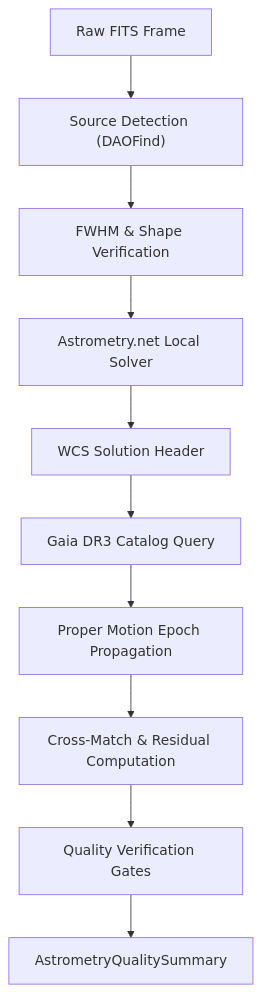
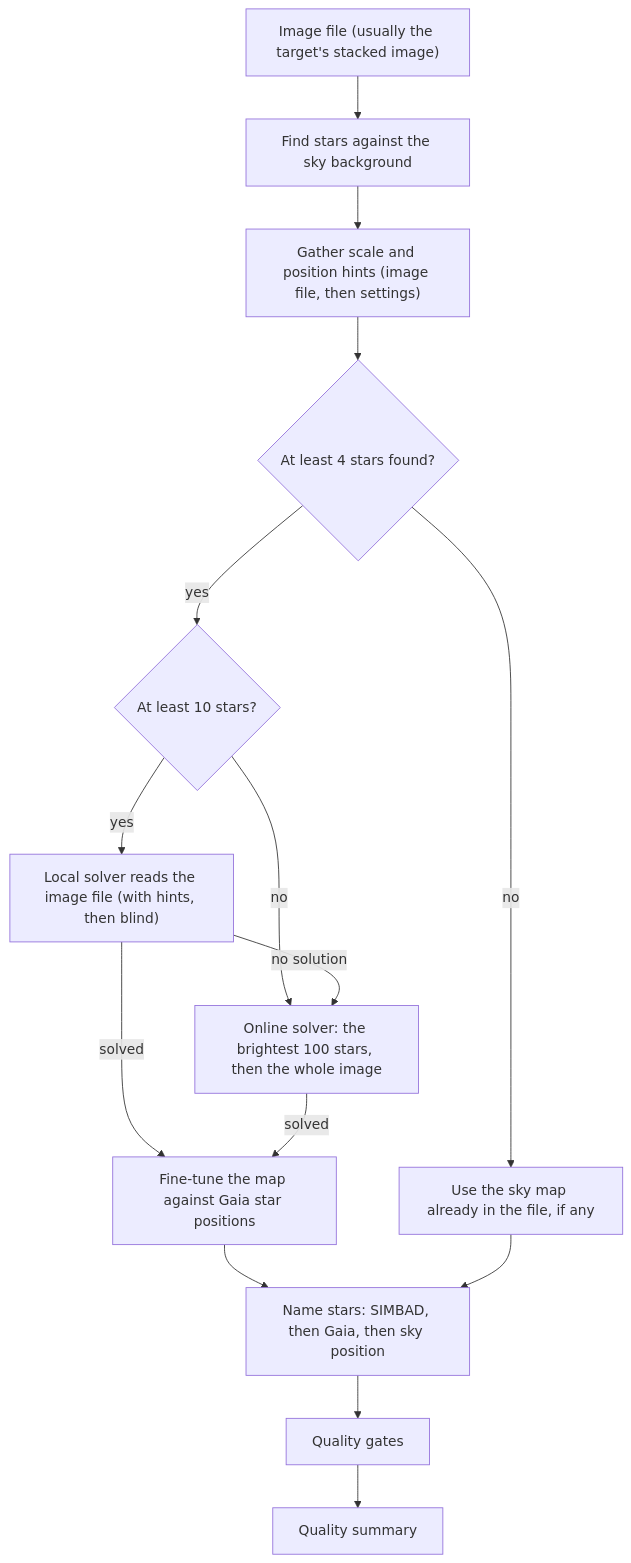
The diagram in documentation/library_design/pipelines/astrometry.md (m1chae2/astrometrics), drawn with Mermaid before and after one commit. The commit also changed other lines of this file and 281 other files, not shown here.

````diff
--- a/documentation/library_design/pipelines/astrometry.md
+++ b/documentation/library_design/pipelines/astrometry.md
@@ -20,12 +25,17 @@
 ```mermaid
 flowchart TD
-    A["Raw FITS Frame"] --> B["Source Detection (DAOFind)"]
-    B --> C["FWHM & Shape Verification"]
-    C --> D["Astrometry.net Local Solver"]
-    D --> E["WCS Solution Header"]
-    E --> F["Gaia DR3 Catalog Query"]
-    F --> G["Proper Motion Epoch Propagation"]
-    G --> H["Cross-Match & Residual Computation"]
-    H --> I["Quality Verification Gates"]
-    I --> J["AstrometryQualitySummary"]
+    A["Image file (usually the target's stacked image)"] --> B["Find stars against the sky background"]
+    B --> C["Gather scale and position hints (image file, then settings)"]
+    C --> D{"At least 4 stars found?"}
+    D -- no --> F["Use the sky map already in the file, if any"]
+    D -- yes --> L{"At least 10 stars?"}
+    L -- yes --> E["Local solver reads the image file (with hints, then blind)"]
+    L -- no --> O["Online solver: the brightest 100 stars, then the whole image"]
+    E -- "no solution" --> O
+    E -- solved --> G["Fine-tune the map against Gaia star positions"]
+    O -- solved --> G
+    G --> H["Name stars: SIMBAD, then Gaia, then sky position"]
+    F --> H
+    H --> I["Quality gates"]
+    I --> J["Quality summary"]
 ```
````
